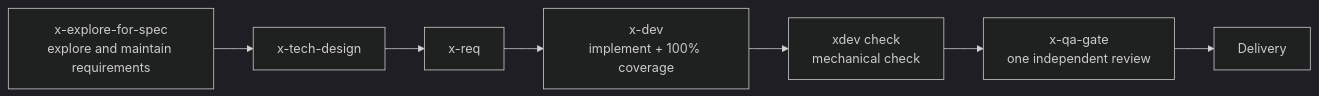
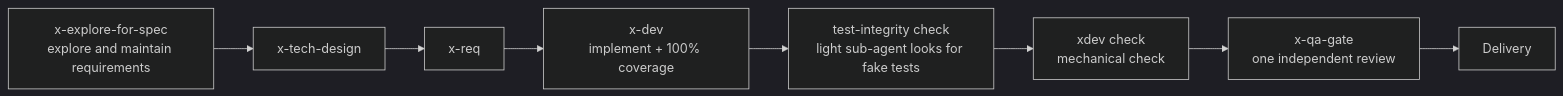
One commit to KtKID/x-dev-pipeline changed the diagram in README.md. Above: the diagram before and after it, drawn with Mermaid (dark theme). The commit also changed other lines of this file and 48 other files, not shown here.

````diff
--- a/README.md
+++ b/README.md
@@ -25,9 +25,10 @@
 ```mermaid
 flowchart LR
     A["x-explore-for-spec<br/>explore and maintain requirements"] --> B["x-tech-design"]
     B --> C["x-req"]
     C --> D["x-dev<br/>implement + 100% coverage"]
-    D --> E["xdev check<br/>mechanical check"]
+    D --> I["test-integrity check<br/>light sub-agent looks for fake tests"]
+    I --> E["xdev check<br/>mechanical check"]
     E --> F["x-qa-gate<br/>one independent review"]
     F --> G["Delivery"]
 ```
````
